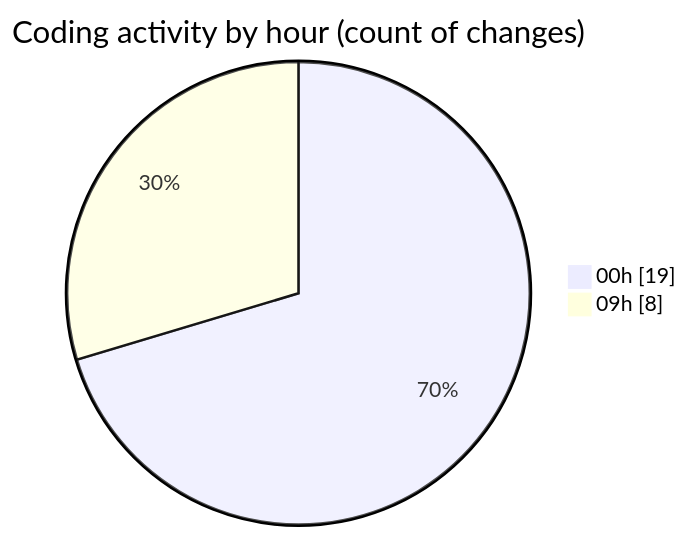
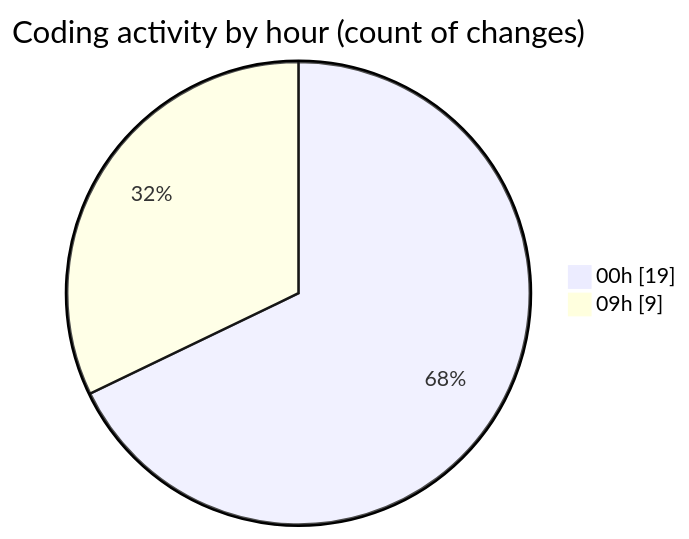
The second of 2 diagrams in 2025-08-12/ribbon/README.md (EIIisD/code-tracking), drawn with Mermaid before and after one commit. The commit also changed other lines of this file and 1 other file, not shown here.

````diff
--- a/2025-08-12/ribbon/README.md
+++ b/2025-08-12/ribbon/README.md
@@ -44,6 +45,6 @@
 ```mermaid
 pie showData
 title Coding activity by hour (count of changes)
 "00h" : 19
-"09h" : 8
+"09h" : 9
 ```
````
